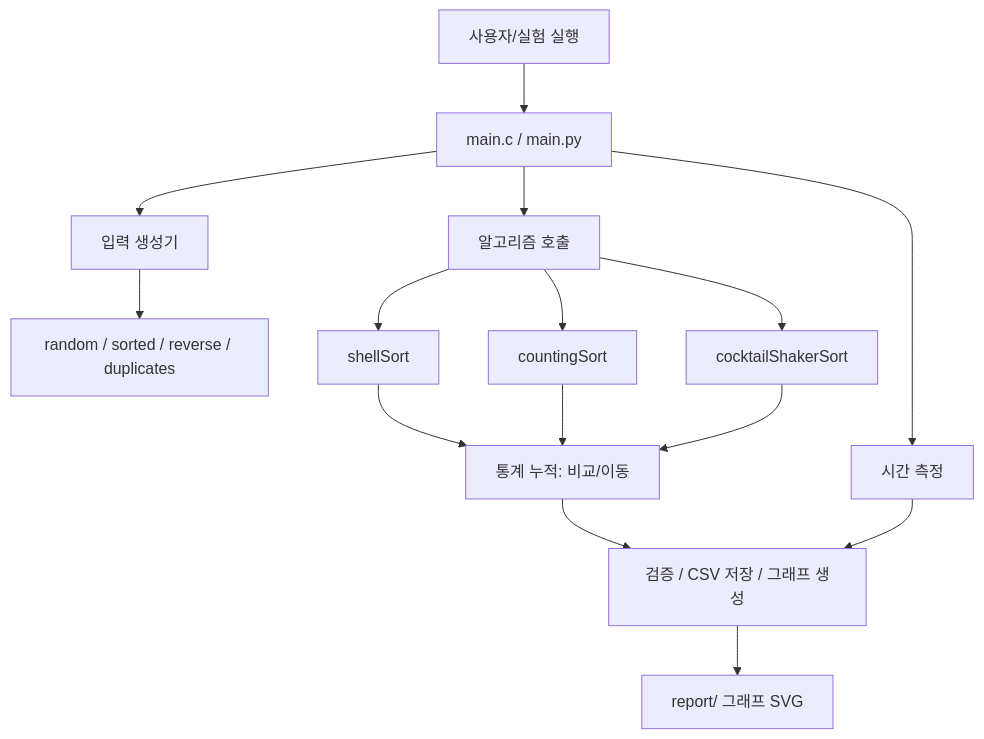
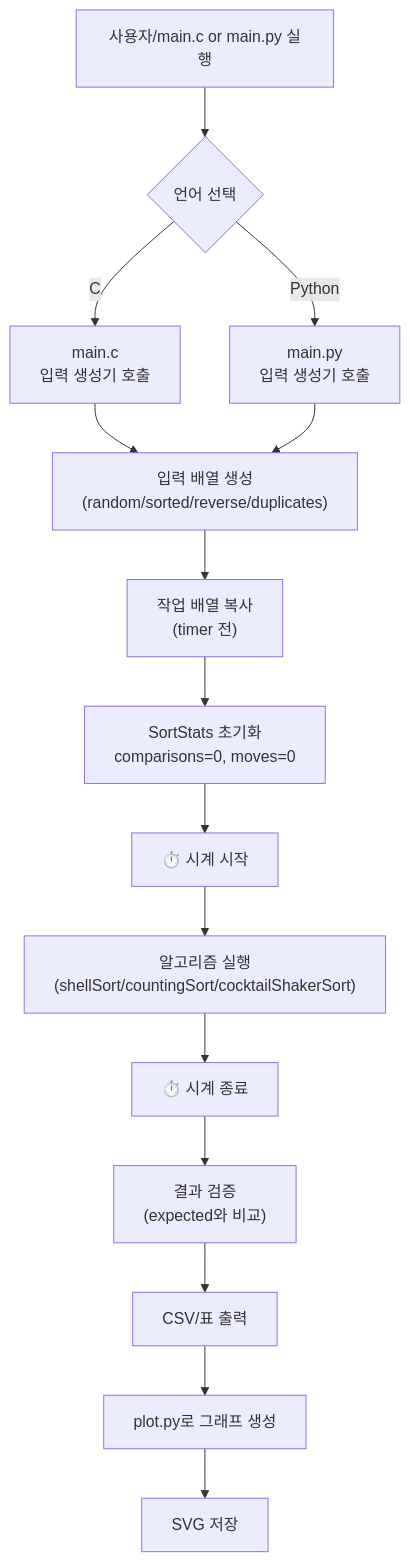
One commit to 2026193116/Compare-Sorting changed the diagram in report/REPORT.md. Above: the diagram before and after it, drawn with Mermaid. The commit also changed other lines of this file, not shown here.

Commit message:
Complete rewrite of REPORT.md with actual code examples, improved structure, and detailed algorithm explanations

````diff
--- a/report/REPORT.md
+++ b/report/REPORT.md
@@ -108,17 +151,21 @@
 ```mermaid
 flowchart TD
-    A[사용자/실험 실행] --> B[main.c / main.py]
-    B --> C[입력 생성기]
-    C --> D[random / sorted / reverse / duplicates]
-    B --> E[알고리즘 호출]
-    E --> F[shellSort]
-    E --> G[countingSort]
-    E --> H[cocktailShakerSort]
-    F --> I[통계 누적: 비교/이동]
-    G --> I
-    H --> I
-    B --> J[시간 측정]
-    I --> K[검증 / CSV 저장 / 그래프 생성]
-    J --> K
-    K --> L[report/ 그래프 SVG]
+    A[사용자/main.c or main.py 실행] --> B{언어 선택}
+    B -->|C| C["main.c<br/>입력 생성기 호출"]
+    B -->|Python| D["main.py<br/>입력 생성기 호출"]
+    
+    C --> E["입력 배열 생성<br/>(random/sorted/reverse/duplicates)"]
+    D --> E
+    
+    E --> F["작업 배열 복사<br/>(timer 전)"]
+    F --> G["SortStats 초기화<br/>comparisons=0, moves=0"]
+    G --> H["⏱️ 시계 시작"]
+    
+    H --> I["알고리즘 실행<br/>(shellSort/countingSort/cocktailShakerSort)"]
+    I --> J["⏱️ 시계 종료"]
+    
+    J --> K["결과 검증<br/>(expected와 비교)"]
+    K --> L["CSV/표 출력"]
+    L --> M["plot.py로 그래프 생성"]
+    M --> N["SVG 저장"]
 ```
````
